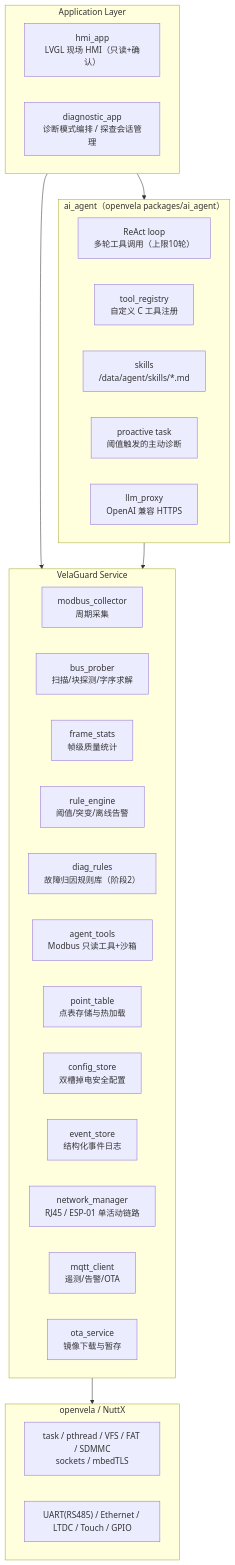
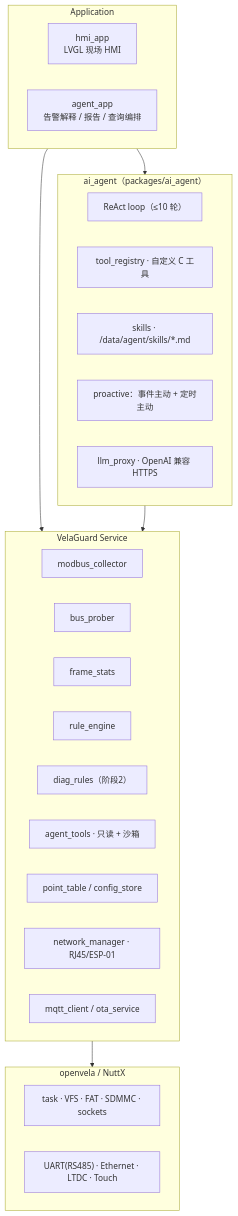
The third of 11 diagrams in README.md (FoLeaf/contest2026_004_TeamFalcons), drawn with Mermaid before and after one commit. The commit also changed other lines of this file and 337 other files, not shown here.

First line of the commit message:
feat(velaguard): stage1 min-product — provision, lvgl-net HMI, modbus discover

````diff
--- a/README.md
+++ b/README.md
@@ -93,40 +89,37 @@
 ```mermaid
 graph TD
-    subgraph App["Application Layer"]
-        HMI_APP["hmi_app\nLVGL 现场 HMI（只读+确认）"]
-        DIAG_APP["diagnostic_app\n诊断模式编排 / 探查会话管理"]
+    subgraph App["Application"]
+        HMI_APP["hmi_app<br/>LVGL 现场 HMI"]
+        AGENT_APP["agent_app<br/>告警解释 / 报告 / 查询编排"]
     end
 
-    subgraph AgentLayer["ai_agent（openvela packages/ai_agent）"]
-        REACT["ReAct loop\n多轮工具调用（上限10轮）"]
-        TOOLS_REG["tool_registry\n自定义 C 工具注册"]
-        SKILLS["skills\n/data/agent/skills/*.md"]
-        PROACTIVE["proactive task\n阈值触发的主动诊断"]
-        LLM_PROXY["llm_proxy\nOpenAI 兼容 HTTPS"]
+    subgraph AgentLayer["ai_agent（packages/ai_agent）"]
+        REACT["ReAct loop（≤10 轮）"]
+        TOOLS_REG["tool_registry · 自定义 C 工具"]
+        SKILLS["skills · /data/agent/skills/*.md"]
+        PROACTIVE["proactive：事件主动 + 定时主动"]
+        LLM_PROXY["llm_proxy · OpenAI 兼容 HTTPS"]
     end
 
     subgraph VGService["VelaGuard Service"]
-        MC["modbus_collector\n周期采集"]
-        BP["bus_prober\n扫描/块探测/字序求解"]
-        FS["frame_stats\n帧级质量统计"]
-        RE["rule_engine\n阈值/突变/离线告警"]
-        DR["diag_rules\n故障归因规则库（阶段2）"]
-        AT["agent_tools\nModbus 只读工具+沙箱"]
-        PT["point_table\n点表存储与热加载"]
-        CS["config_store\n双槽掉电安全配置"]
-        ES["event_store\n结构化事件日志"]
-        NM["network_manager\nRJ45 / ESP-01 单活动链路"]
-        MQ["mqtt_client\n遥测/告警/OTA"]
-        OTA["ota_service\n镜像下载与暂存"]
+        MC["modbus_collector"]
+        BP["bus_prober"]
+        FS["frame_stats"]
+        RE["rule_engine"]
+        DR["diag_rules（阶段2）"]
+        AT["agent_tools · 只读 + 沙箱"]
+        PT["point_table / config_store"]
+        NM["network_manager · RJ45/ESP-01"]
+        MQ["mqtt_client / ota_service"]
     end
 
     subgraph OS["openvela / NuttX"]
-        RTOS["task / pthread / VFS / FAT / SDMMC\nsockets / mbedTLS"]
-        HW["UART(RS485) / Ethernet / LTDC / Touch / GPIO"]
+        RTOS["task · VFS · FAT · SDMMC · sockets"]
+        HW["UART(RS485) · Ethernet · LTDC · Touch"]
     end
 
     App --> AgentLayer
     App --> VGService
     AgentLayer --> VGService
     VGService --> OS
 ```
````
